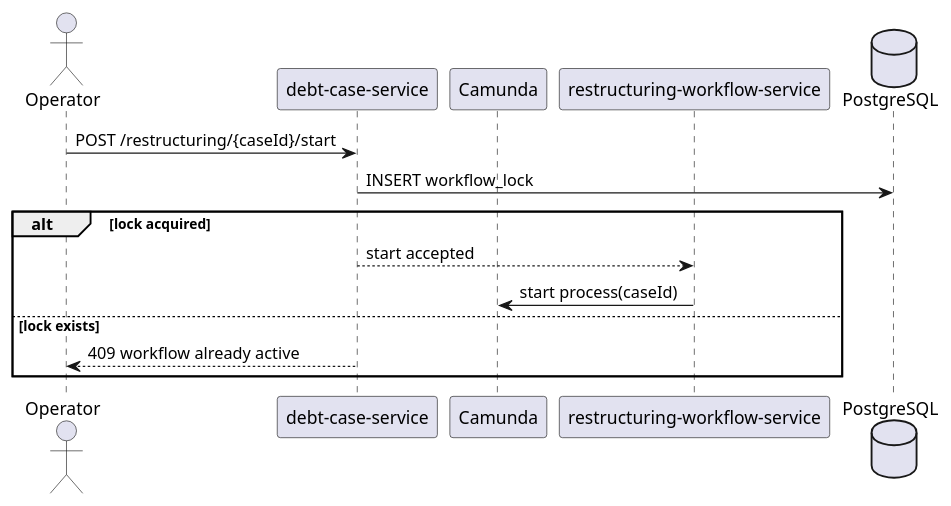
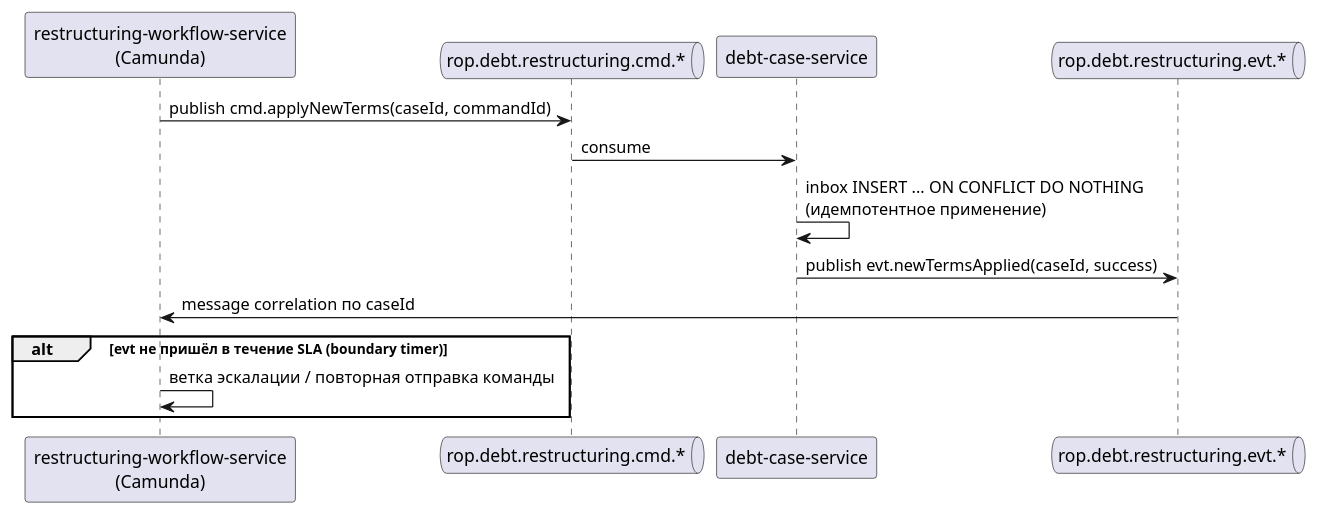
The first of 5 diagrams in HR_Legends/04_data_flows.md (autizzm/Zettelkasten), drawn with PlantUML before and after one commit. The commit also changed other lines of this file and 3592 other files, not shown here.

````diff
--- a/HR_Legends/04_data_flows.md
+++ b/HR_Legends/04_data_flows.md
@@ -5,18 +82,18 @@
-``` plantuml
+```plantuml
 @startuml
-actor Operator
+participant "restructuring-workflow-service\n(Camunda)" as WF
+queue "rop.debt.restructuring.cmd.*" as CMD
 participant "debt-case-service" as DCS
-participant "Camunda" as C
-participant "restructuring-workflow-service" as RWS
-database "PostgreSQL" as DB
+queue "rop.debt.restructuring.evt.*" as EVT
 
-Operator -> DCS : POST /restructuring/{caseId}/start
-DCS -> DB : INSERT workflow_lock
-alt lock acquired
-  DCS --> RWS : start accepted
-  RWS -> C : start process(caseId)
-else lock exists
-  DCS --> Operator : 409 workflow already active
+WF -> CMD : publish cmd.applyNewTerms(caseId, commandId)
+CMD -> DCS : consume
+DCS -> DCS : inbox INSERT ... ON CONFLICT DO NOTHING\n(идемпотентное применение)
+DCS -> EVT : publish evt.newTermsApplied(caseId, success)
+EVT -> WF : message correlation по caseId
+
+alt evt не пришёл в течение SLA (boundary timer)
+  WF -> WF : ветка эскалации / повторная отправка команды
 end
 @enduml
 ```
````
